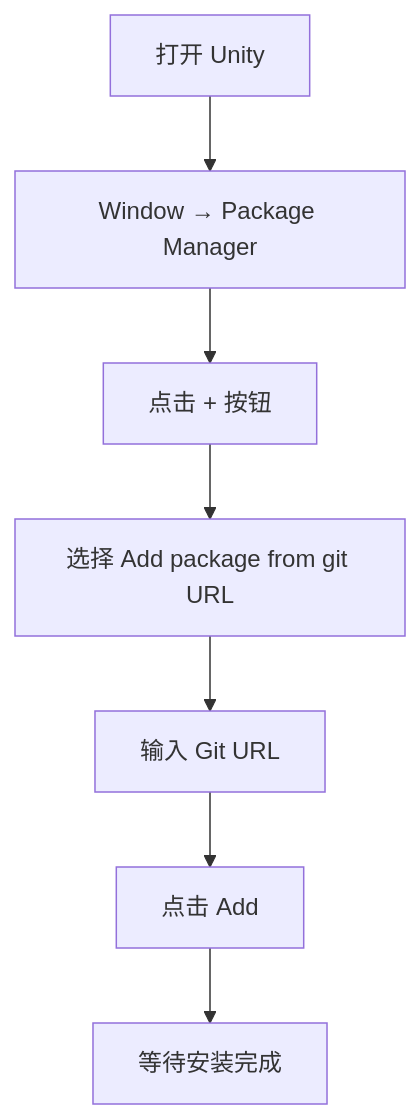
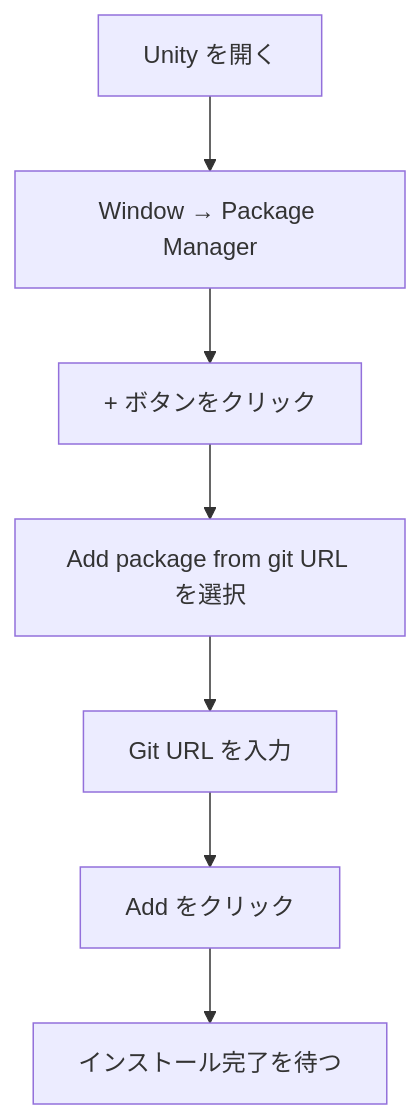
Before and after one commit to AlianBlank/GameFrameX.Docs: the first of 3 diagrams in docs/ja/client/unity/component/localization/02.installation.md, drawn with Mermaid. The commit also changed other lines of this file and 320 other files, not shown here.

````diff
--- a/docs/ja/client/unity/component/localization/02.installation.md
+++ b/docs/ja/client/unity/component/localization/02.installation.md
@@ -37,9 +37,9 @@
 ```mermaid
 flowchart TD
-    A[打开 Unity] --> B[Window → Package Manager]
-    B --> C[点击 + 按钮]
-    C --> D[选择 Add package from git URL]
-    D --> E[输入 Git URL]
-    E --> F[点击 Add]
-    F --> G[等待安装完成]
+    A[Unity を開く] --> B[Window → Package Manager]
+    B --> C[+ ボタンをクリック]
+    C --> D[Add package from git URL を選択]
+    D --> E[Git URL を入力]
+    E --> F[Add をクリック]
+    F --> G[インストール完了を待つ]
 ```
````
